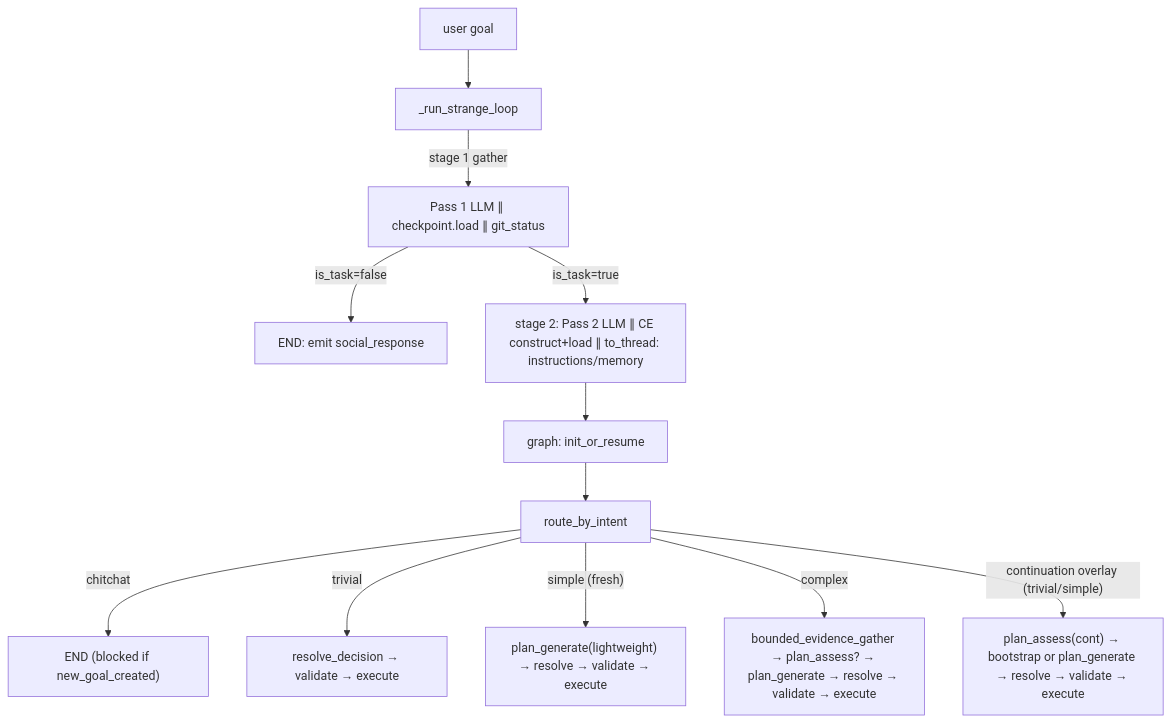
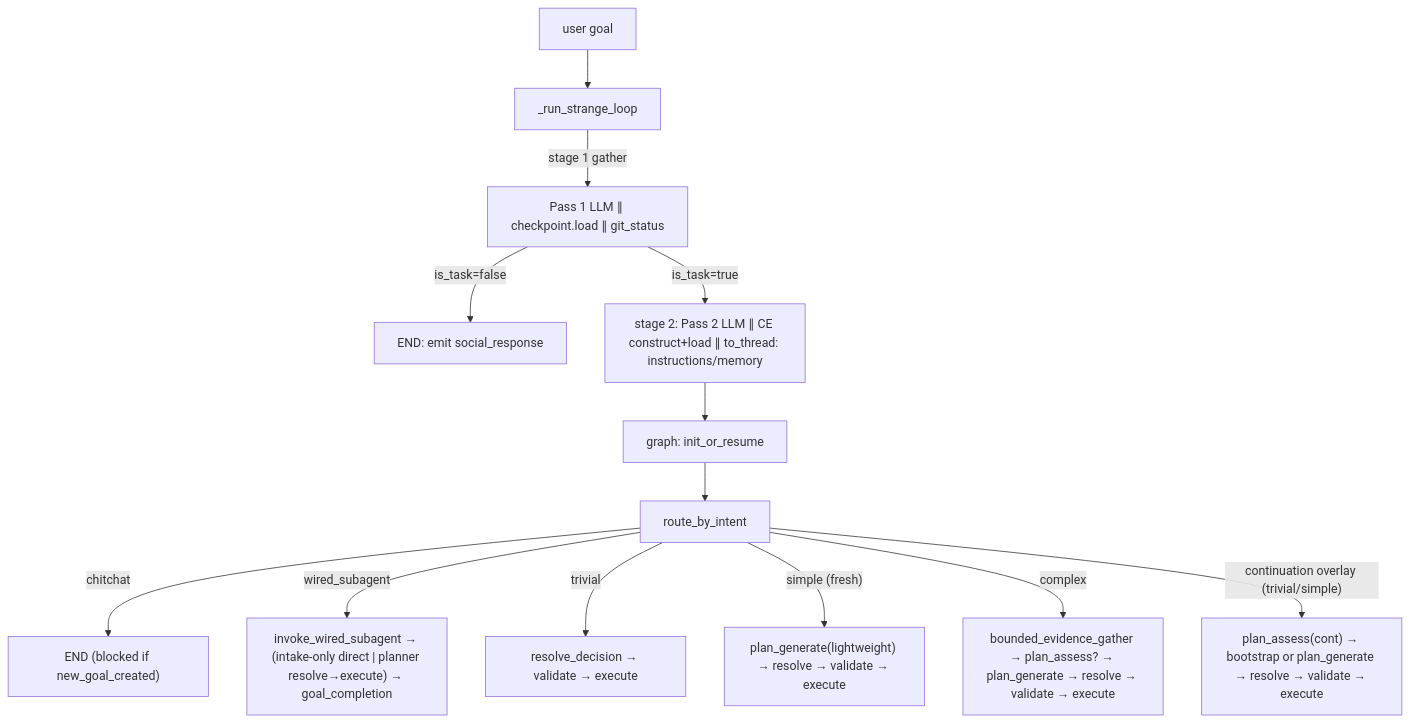
One commit to OpenSoothe/soothe changed the diagram in docs/specs/RFC-630-start-phase-llm-intake-and-branch-routing.md. Above: the diagram before and after it, drawn with Mermaid. The commit also changed other lines of this file and 39 other files, not shown here.

First line of the commit message:
feat(sloop): intake-only wire subagent direct route + dual registry

````diff
--- a/docs/specs/RFC-630-start-phase-llm-intake-and-branch-routing.md
+++ b/docs/specs/RFC-630-start-phase-llm-intake-and-branch-routing.md
@@ -97,14 +98,15 @@
 ```mermaid
 graph TB
     Goal["user goal"] --> Runner["_run_strange_loop"]
     Runner -->|"stage 1 gather"| G1["Pass 1 LLM ∥ checkpoint.load ∥ git_status"]
     G1 -->|"is_task=false"| QuizEND["END: emit social_response"]
     G1 -->|"is_task=true"| G2["stage 2: Pass 2 LLM ∥ CE construct+load ∥ to_thread: instructions/memory"]
     G2 --> Graph["graph: init_or_resume"]
     Graph --> Route["route_by_intent"]
     Route -->|"chitchat"| END["END (blocked if new_goal_created)"]
+    Route -->|"wired_subagent"| Wired["invoke_wired_subagent → (intake-only direct | planner resolve→execute) → goal_completion"]
     Route -->|"trivial"| Trivial["resolve_decision → validate → execute"]
     Route -->|"simple (fresh)"| Simple["plan_generate(lightweight) → resolve → validate → execute"]
     Route -->|"complex"| Complex["bounded_evidence_gather → plan_assess? → plan_generate → resolve → validate → execute"]
     Route -->|"continuation overlay (trivial/simple)"| Cont["plan_assess(cont) → bootstrap or plan_generate → resolve → validate → execute"]
 ```
````
